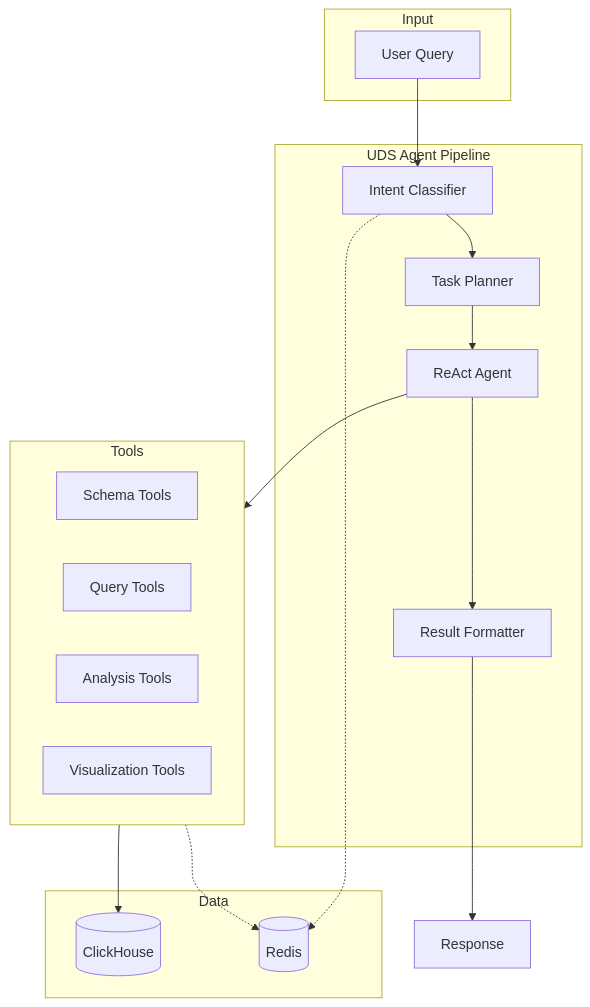
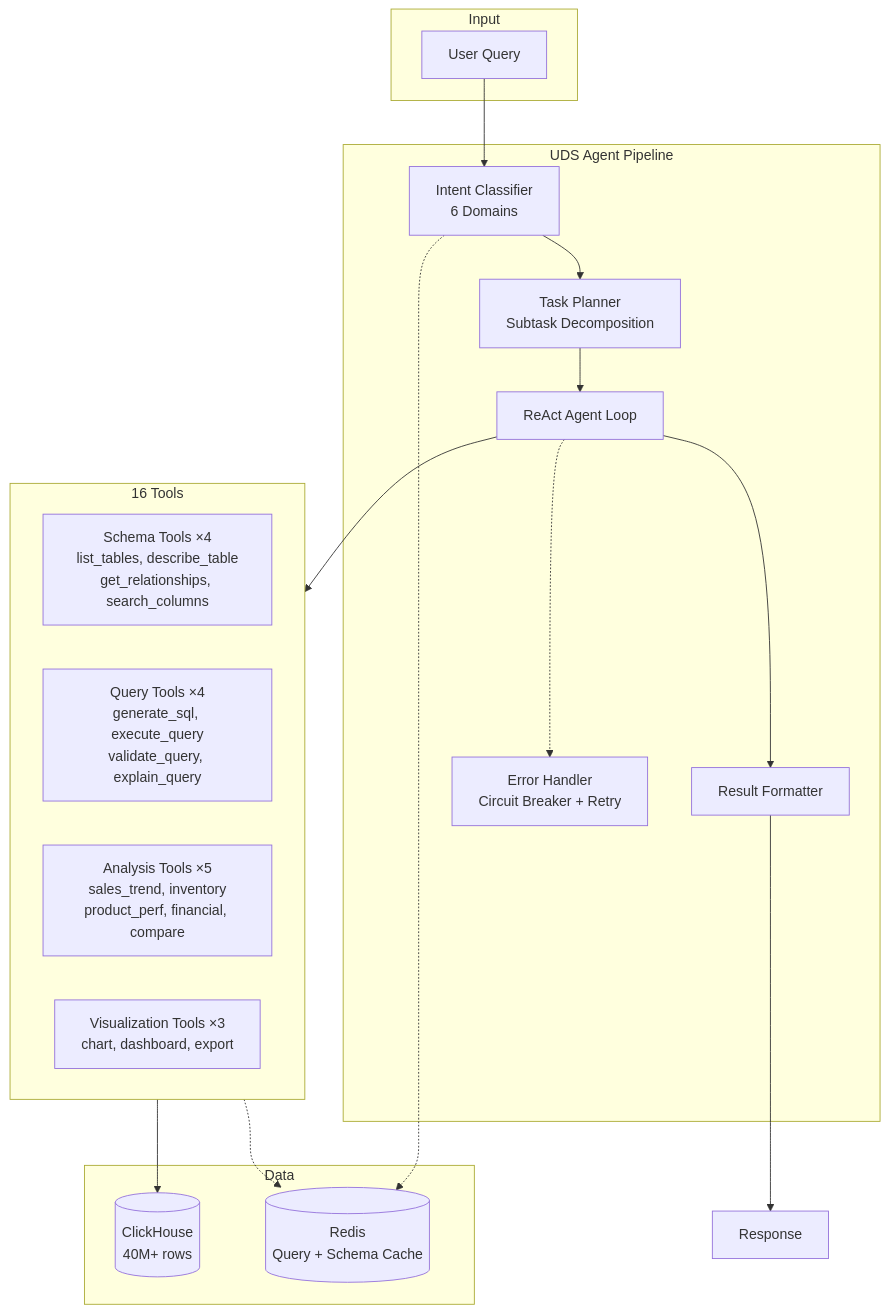
Before and after one commit to lenhop/IC-RAG-Agent: the sixth of 12 diagrams in docs/FRAMEWORK.md, drawn with Mermaid. The commit also changed other lines of this file and 23 other files, not shown here.

````diff
--- a/docs/FRAMEWORK.md
+++ b/docs/FRAMEWORK.md
@@ -168,36 +284,33 @@
 ```mermaid
 flowchart TB
     subgraph Input
         Q[User Query]
     end
 
     subgraph UDS["UDS Agent Pipeline"]
-        IC[Intent Classifier]
-        TP[Task Planner]
-        RA[ReAct Agent]
+        IC[Intent Classifier<br/>6 Domains]
+        TP[Task Planner<br/>Subtask Decomposition]
+        RA[ReAct Agent Loop]
         RF[Result Formatter]
+        EH[Error Handler<br/>Circuit Breaker + Retry]
     end
 
-    subgraph Tools["Tools"]
-        Schema[Schema Tools]
-        Query[Query Tools]
-        Analysis[Analysis Tools]
-        Viz[Visualization Tools]
+    subgraph Tools["16 Tools"]
+        Schema[Schema Tools ×4<br/>list_tables, describe_table<br/>get_relationships, search_columns]
+        Query[Query Tools ×4<br/>generate_sql, execute_query<br/>validate_query, explain_query]
+        Analysis[Analysis Tools ×5<br/>sales_trend, inventory<br/>product_perf, financial, compare]
+        Viz[Visualization Tools ×3<br/>chart, dashboard, export]
     end
 
     subgraph Data
-        CH[(ClickHouse)]
-        Cache[(Redis)]
+        CH[(ClickHouse<br/>40M+ rows)]
+        Cache[(Redis<br/>Query + Schema Cache)]
     end
 
-    Q --> IC
-    IC --> TP
-    TP --> RA
-    RA --> Tools
+    Q --> IC --> TP --> RA --> Tools
     Tools --> CH
-    RA --> RF
-    RF --> Out[Response]
-
+    RA --> RF --> Out[Response]
     IC -.-> Cache
     Tools -.-> Cache
+    RA -.-> EH
 ```
````
